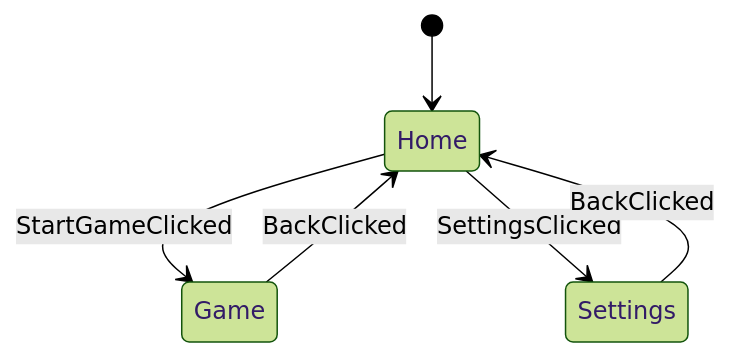
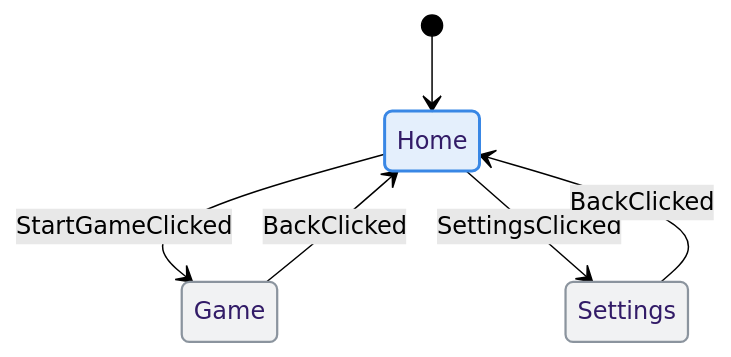
One commit to chrisjc29/PokeDexMulti changed the third of 7 diagrams in docs/architecture.md. Above: the diagram before and after it, drawn with Mermaid (forest theme). The commit also changed other lines of this file and 1 other file, not shown here.

First line of the commit message:
Colour-code the architecture diagrams

````diff
--- a/docs/architecture.md
+++ b/docs/architecture.md
@@ -59,8 +83,13 @@
 ```mermaid
 stateDiagram-v2
     [*] --> Home
     Home --> Game: StartGameClicked
     Home --> Settings: SettingsClicked
     Game --> Home: BackClicked
     Settings --> Home: BackClicked
+
+    classDef top fill:#3987e522,stroke:#3987e5,stroke-width:2px
+    classDef pushed fill:#8b949e1f,stroke:#8b949e,stroke-width:1.5px
+    class Home top
+    class Game,Settings pushed
 ```
````
